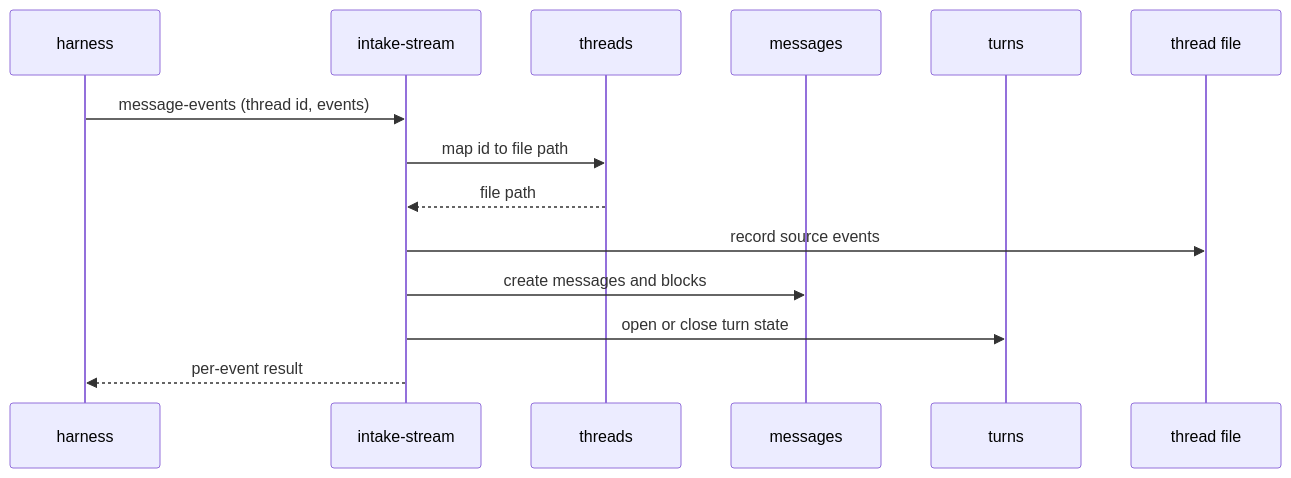
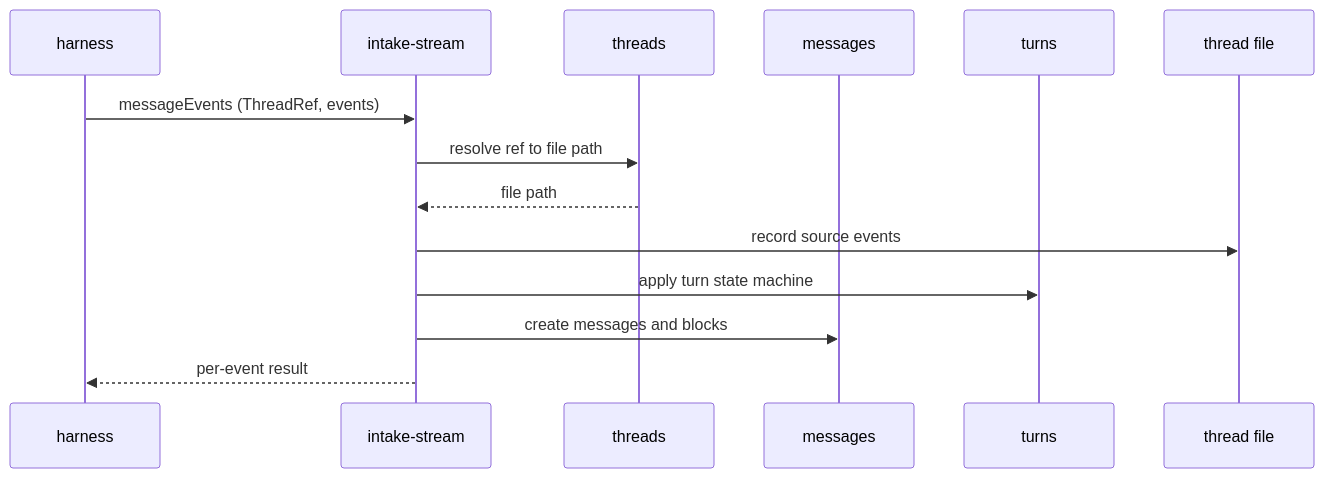
One commit to liminal-ai/long-horizon-context changed the fourth of 11 diagrams in docs/onboard/02-domain-design.md. Above: the diagram before and after it, drawn with Mermaid. The commit also changed other lines of this file and 1 other file, not shown here.

````diff
--- a/docs/onboard/02-domain-design.md
+++ b/docs/onboard/02-domain-design.md
@@ -118,16 +131,16 @@
 ```mermaid
 sequenceDiagram
   participant H as harness
   participant I as intake-stream
   participant T as threads
   participant M as messages
   participant U as turns
   participant F as thread file
-  H->>I: message-events (thread id, events)
-  I->>T: map id to file path
+  H->>I: messageEvents (ThreadRef, events)
+  I->>T: resolve ref to file path
   T-->>I: file path
   I->>F: record source events
+  I->>U: apply turn state machine
   I->>M: create messages and blocks
-  I->>U: open or close turn state
   I-->>H: per-event result
 ```
````
